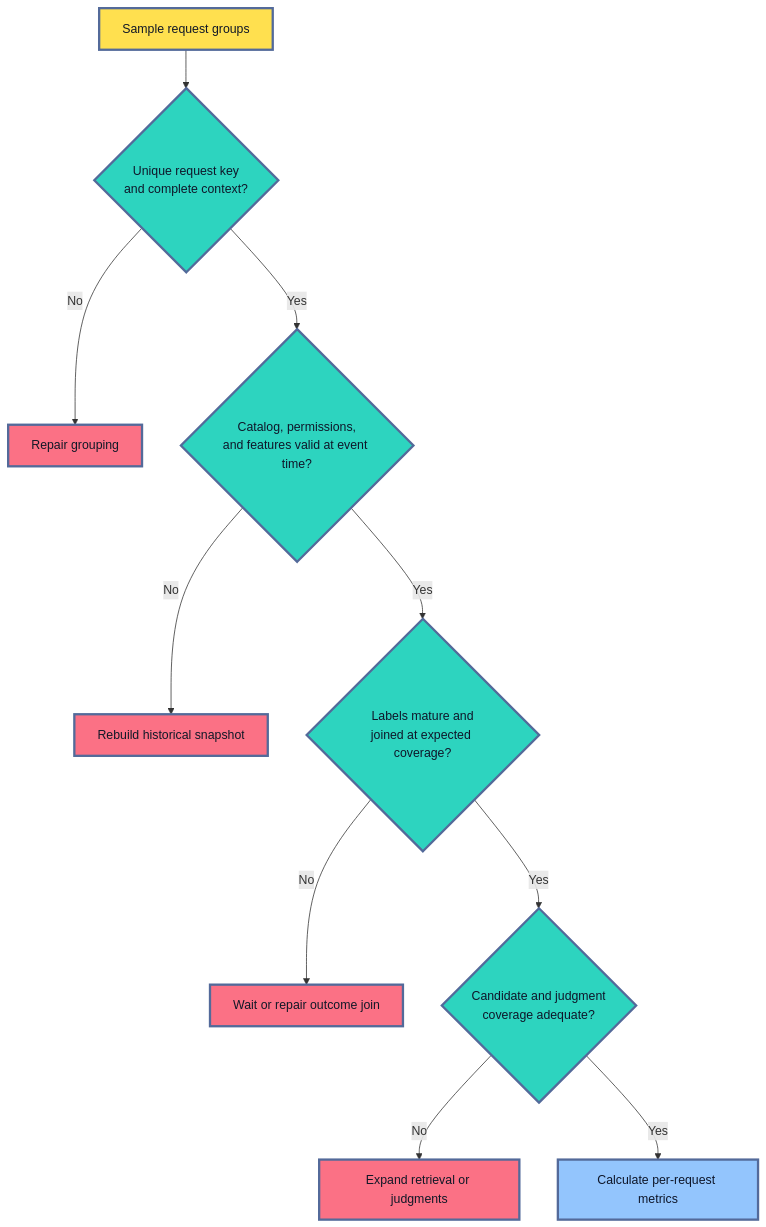
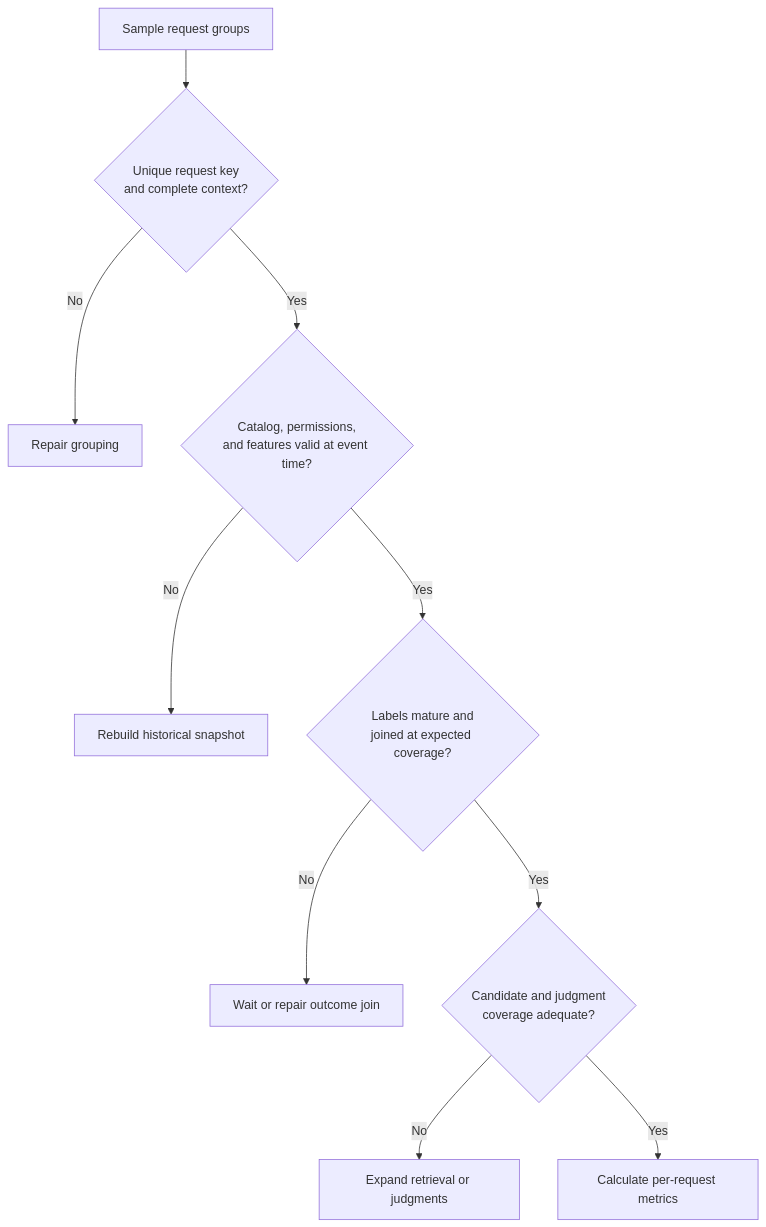
The fourth of 8 diagrams in roadmaps/mlops/modules/model-evaluation/offline-evaluation/04-ranking-and-retrieval-evaluation.md (senlinyy/dev-roadmaps), drawn with Mermaid before and after one commit. The commit also changed other lines of this file and 152 other files, not shown here.

Commit message:
feat: mlops and diagrams updated

````diff
--- a/roadmaps/mlops/modules/model-evaluation/offline-evaluation/04-ranking-and-retrieval-evaluation.md
+++ b/roadmaps/mlops/modules/model-evaluation/offline-evaluation/04-ranking-and-retrieval-evaluation.md
@@ -261,21 +249,17 @@
 ```mermaid
 flowchart TD
     A["Sample request groups"] --> B{"Unique request key<br/>and complete context?"}
     B -->|"No"| X["Repair grouping"]
     B -->|"Yes"| C{"Catalog, permissions,<br/>and features valid at event time?"}
     C -->|"No"| Y["Rebuild historical snapshot"]
     C -->|"Yes"| D{"Labels mature and<br/>joined at expected coverage?"}
     D -->|"No"| Z["Wait or repair outcome join"]
     D -->|"Yes"| E{"Candidate and judgment<br/>coverage adequate?"}
     E -->|"No"| W["Expand retrieval or judgments"]
     E -->|"Yes"| F["Calculate per-request metrics"]
 
-    classDef input fill:#FFE04F,stroke:#536A9A,stroke-width:3px,color:#111827
-    classDef gate fill:#2DD4BF,stroke:#536A9A,stroke-width:3px,color:#0F172A
-    classDef repair fill:#FB7185,stroke:#536A9A,stroke-width:3px,color:#111827
-    classDef ready fill:#93C5FD,stroke:#536A9A,stroke-width:3px,color:#0F172A
     class A input
     class B,C,D,E gate
     class X,Y,Z,W repair
     class F ready
 ```
````
